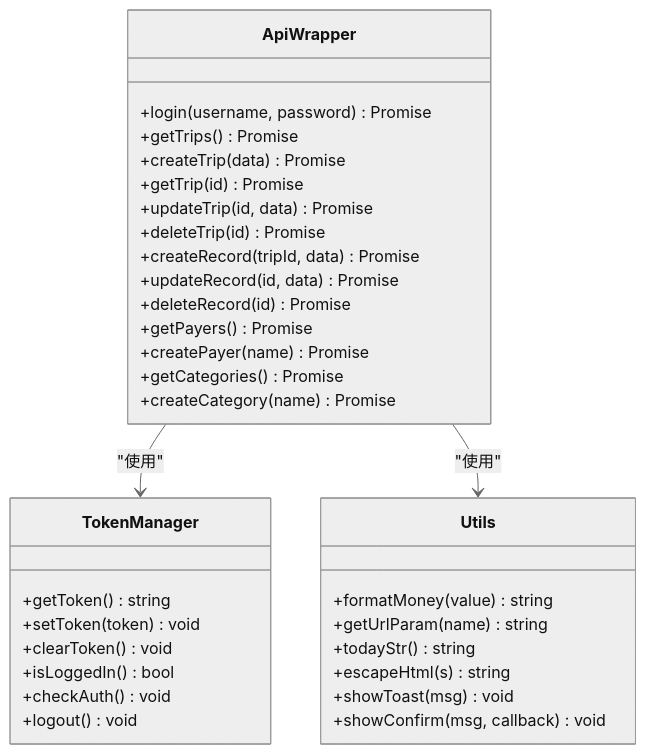
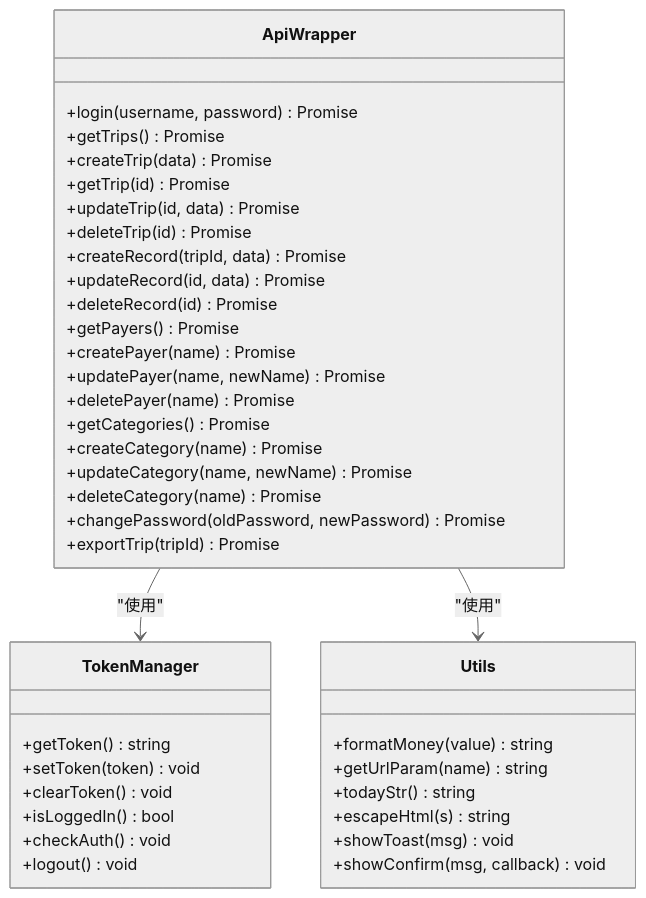
One commit to louyinmin/recorded changed diagram 15 of 21 in .qoder/repowiki/zh/content/核心功能实现/核心功能实现.md. Above: the diagram before and after it, drawn with Mermaid (neutral theme). The commit also changed other lines of this file and 6 other files, not shown here.

````diff
--- a/.qoder/repowiki/zh/content/核心功能实现/核心功能实现.md
+++ b/.qoder/repowiki/zh/content/核心功能实现/核心功能实现.md
@@ -509,36 +542,42 @@
 ```mermaid
 classDiagram
 class ApiWrapper {
 +login(username, password) Promise
 +getTrips() Promise
 +createTrip(data) Promise
 +getTrip(id) Promise
 +updateTrip(id, data) Promise
 +deleteTrip(id) Promise
 +createRecord(tripId, data) Promise
 +updateRecord(id, data) Promise
 +deleteRecord(id) Promise
 +getPayers() Promise
 +createPayer(name) Promise
++updatePayer(name, newName) Promise
++deletePayer(name) Promise
 +getCategories() Promise
 +createCategory(name) Promise
++updateCategory(name, newName) Promise
++deleteCategory(name) Promise
++changePassword(oldPassword, newPassword) Promise
++exportTrip(tripId) Promise
 }
 class TokenManager {
 +getToken() string
 +setToken(token) void
 +clearToken() void
 +isLoggedIn() bool
 +checkAuth() void
 +logout() void
 }
 class Utils {
 +formatMoney(value) string
 +getUrlParam(name) string
 +todayStr() string
 +escapeHtml(s) string
 +showToast(msg) void
 +showConfirm(msg, callback) void
 }
 ApiWrapper --> TokenManager : "使用"
 ApiWrapper --> Utils : "使用"
 ```
````
